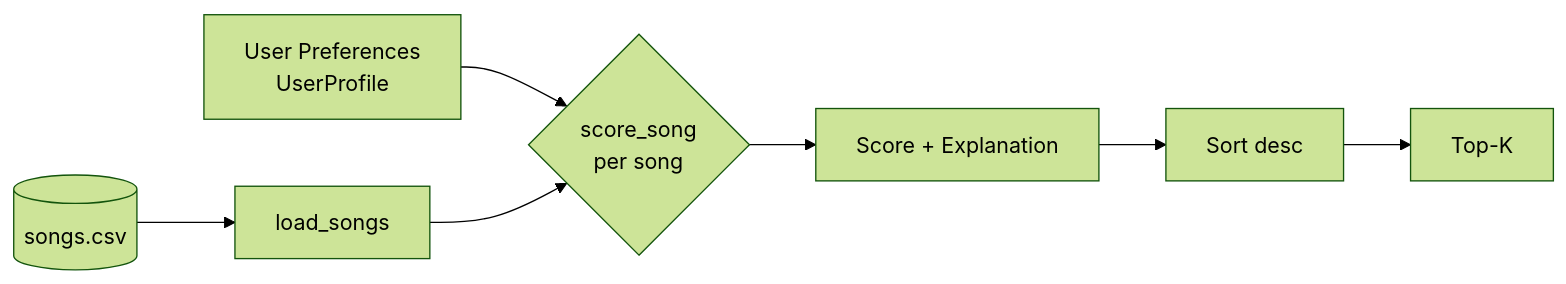
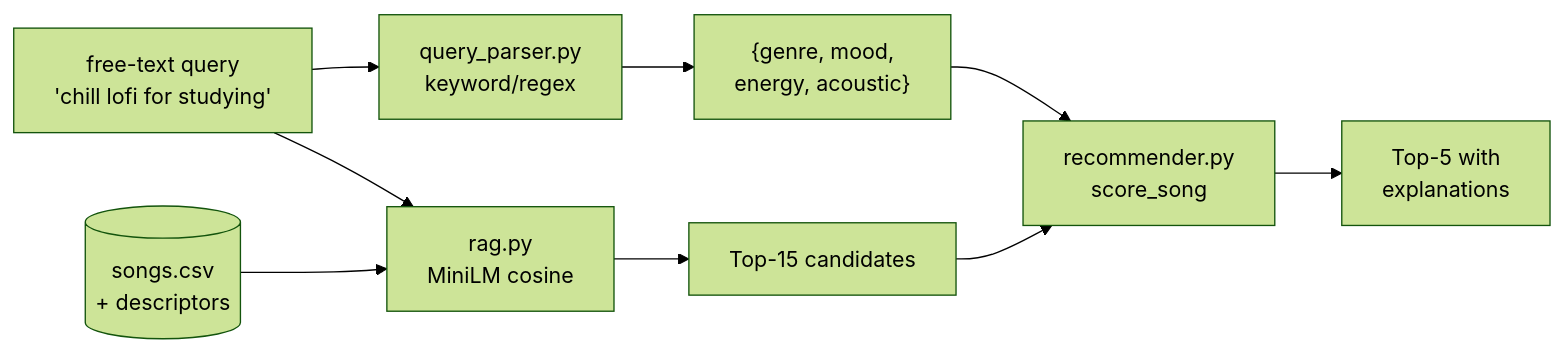
The diagram in README.md (ao-hello/applied-ai-system-project), drawn with Mermaid (forest theme) before and after one commit. The commit also changed other lines of this file and 1 other file, not shown here.

````diff
--- a/README.md
+++ b/README.md
@@ -68,9 +25,11 @@
 ```mermaid
 flowchart LR
-    A[User Preferences<br/>UserProfile] --> C
-    B[(songs.csv)] --> L[load_songs]
-    L --> C{score_song<br/>per song}
-    C --> S[Score + Explanation]
-    S --> R[Sort desc]
-    R --> K[Top-K]
+    Q["free-text query<br/>'chill lofi for studying'"] --> P[query_parser.py<br/>keyword/regex]
+    P --> Prefs["{genre, mood,<br/>energy, acoustic}"]
+    Q --> R[rag.py<br/>MiniLM cosine]
+    CSV[(songs.csv<br/>+ descriptors)] --> R
+    R --> C[Top-15 candidates]
+    Prefs --> S[recommender.py<br/>score_song]
+    C --> S
+    S --> Out[Top-5 with<br/>explanations]
 ```
````
